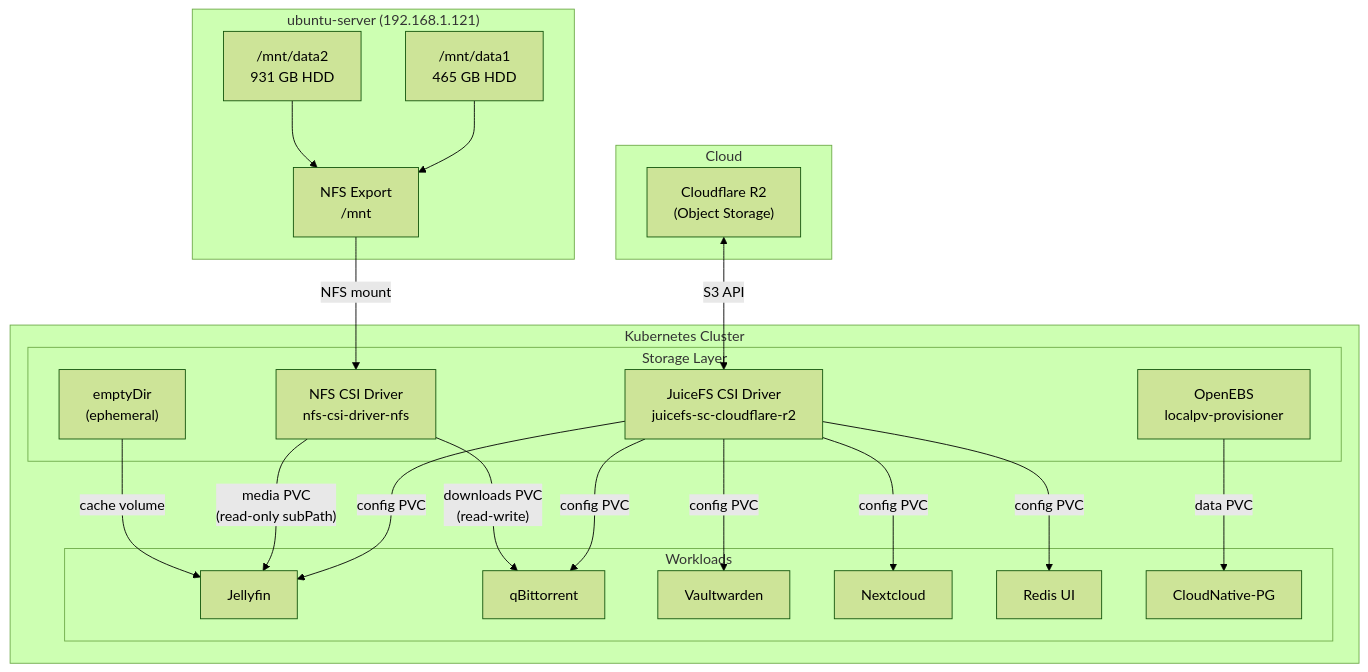
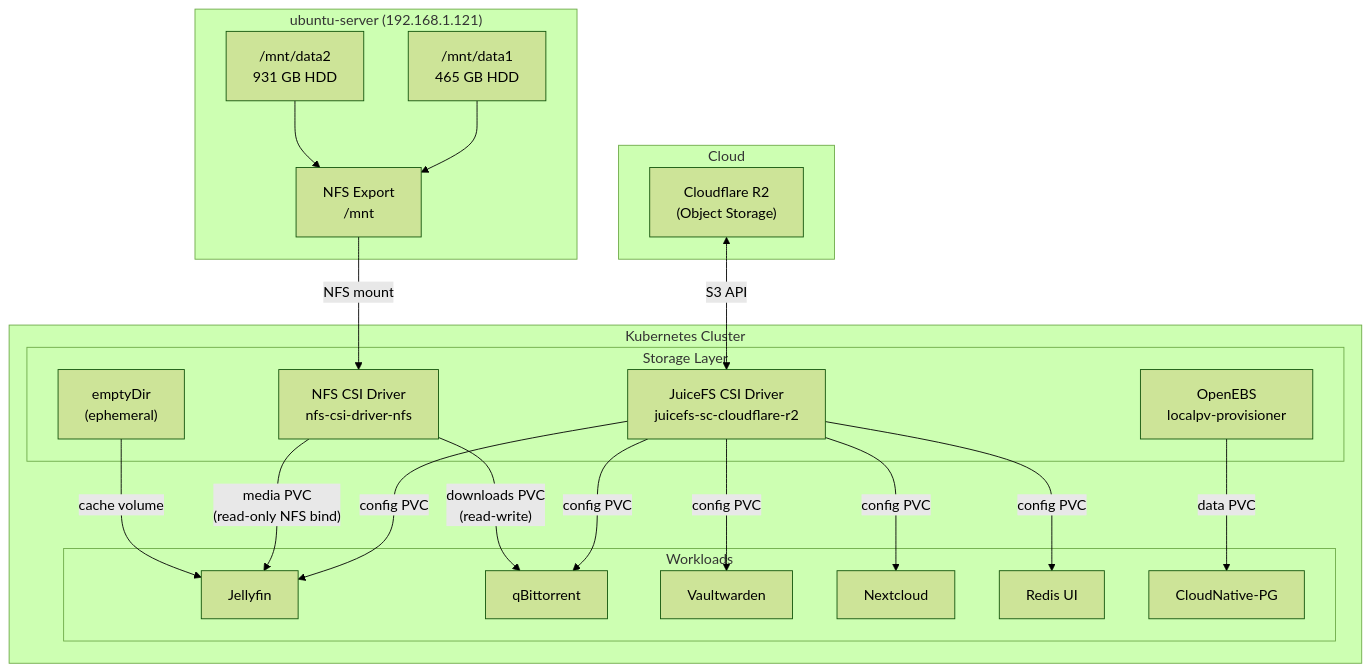
Before and after one commit to ngodat0103/dev-oops: the first of 2 diagrams in README.md, drawn with Mermaid (forest theme). The commit also changed other lines of this file, not shown here.

First line of the commit message:
docs: update Jellyfin storage mapping to reflect single media PVC

````diff
--- a/README.md
+++ b/README.md
@@ -357,47 +357,47 @@
 ```mermaid
 flowchart TD
     subgraph cloud [Cloud]
         R2["Cloudflare R2\n(Object Storage)"]
     end
 
     subgraph ubuntu_server ["ubuntu-server (192.168.1.121)"]
         data1["/mnt/data1\n465 GB HDD"]
         data2["/mnt/data2\n931 GB HDD"]
         nfs_export["NFS Export\n/mnt"]
         data1 --> nfs_export
         data2 --> nfs_export
     end
 
     subgraph k8s ["Kubernetes Cluster"]
         subgraph storage_layer ["Storage Layer"]
             juicefs["JuiceFS CSI Driver\njuicefs-sc-cloudflare-r2"]
             nfs_csi["NFS CSI Driver\nnfs-csi-driver-nfs"]
             openebs["OpenEBS\nlocalpv-provisioner"]
             emptydir["emptyDir\n(ephemeral)"]
         end
 
         subgraph workloads ["Workloads"]
             jellyfin["Jellyfin"]
             qbittorrent["qBittorrent"]
             vaultwarden["Vaultwarden"]
             nextcloud["Nextcloud"]
             redis_ui["Redis UI"]
             cnpg["CloudNative-PG"]
         end
     end
 
     R2 <-->|"S3 API"| juicefs
     nfs_export -->|"NFS mount"| nfs_csi
 
     juicefs -->|"config PVC"| jellyfin
     juicefs -->|"config PVC"| qbittorrent
     juicefs -->|"config PVC"| vaultwarden
     juicefs -->|"config PVC"| nextcloud
     juicefs -->|"config PVC"| redis_ui
 
-    nfs_csi -->|"media PVC\n(read-only subPath)"| jellyfin
+    nfs_csi -->|"media PVC\n(read-only NFS bind)"| jellyfin
     nfs_csi -->|"downloads PVC\n(read-write)"| qbittorrent
 
     openebs -->|"data PVC"| cnpg
     emptydir -->|"cache volume"| jellyfin
 ```
````
